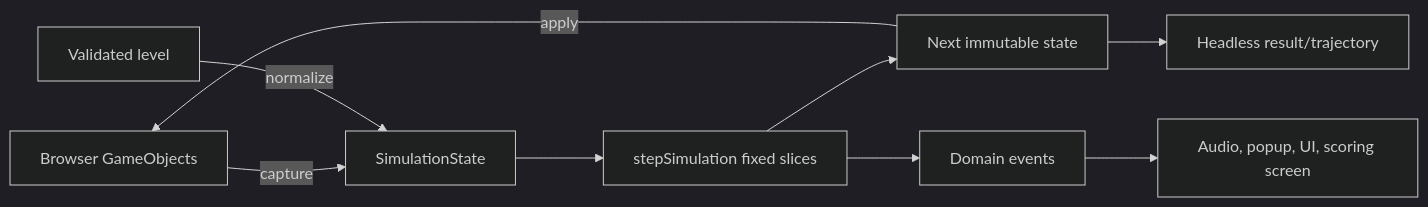
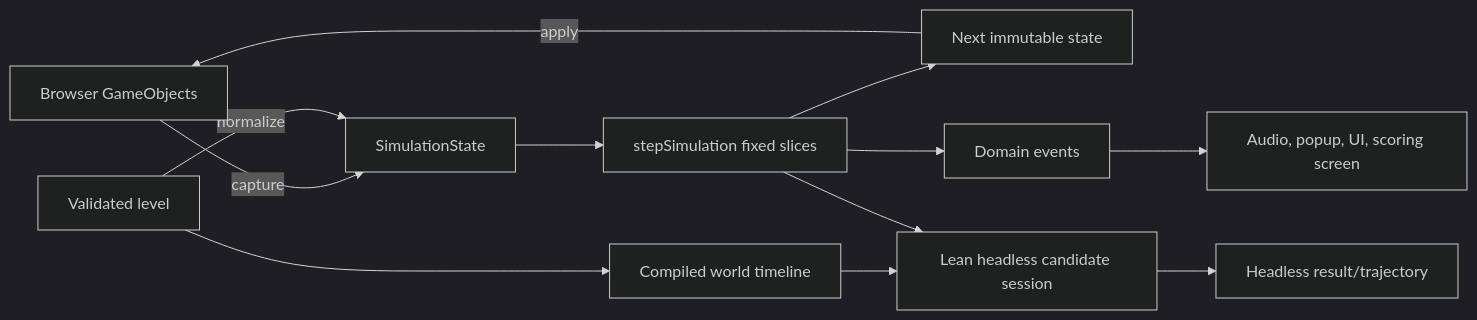
One commit to Newah1/SpacedPenguin changed the seventh of 15 diagrams in ARCHITECTURE.md. Above: the diagram before and after it, drawn with Mermaid (dark theme). The commit also changed other lines of this file and 14 other files, not shown here.

Commit message:
Cached timeline for world for headless and doc update

````diff
--- a/ARCHITECTURE.md
+++ b/ARCHITECTURE.md
@@ -246,11 +251,14 @@
 ```mermaid
 flowchart LR
     Live[Browser GameObjects] -->|capture| Snapshot[SimulationState]
     Level[Validated level] -->|normalize| Snapshot
     Snapshot --> Step[stepSimulation fixed slices]
     Step --> Next[Next immutable state]
     Step --> Events[Domain events]
     Next -->|apply| Live
     Events --> Effects[Audio, popup, UI, scoring screen]
-    Next --> Headless[Headless result/trajectory]
+    Level --> Timeline[Compiled world timeline]
+    Timeline --> Session[Lean headless candidate session]
+    Step --> Session
+    Session --> Headless[Headless result/trajectory]
 ```
````
